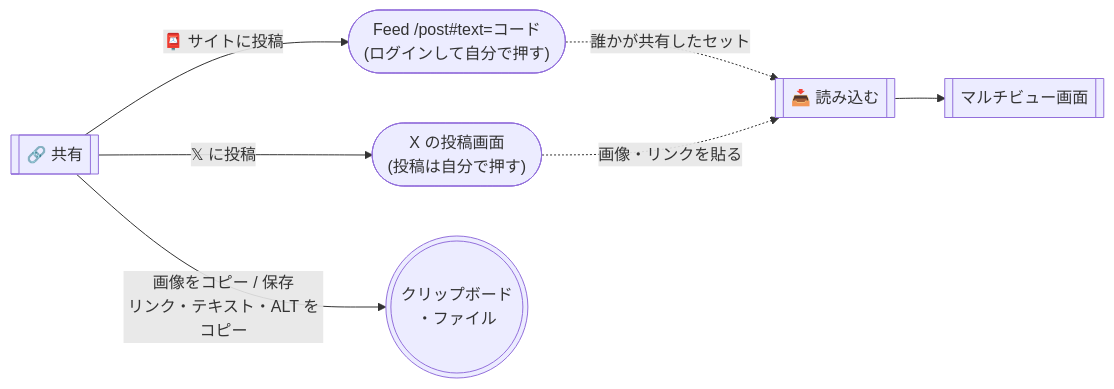
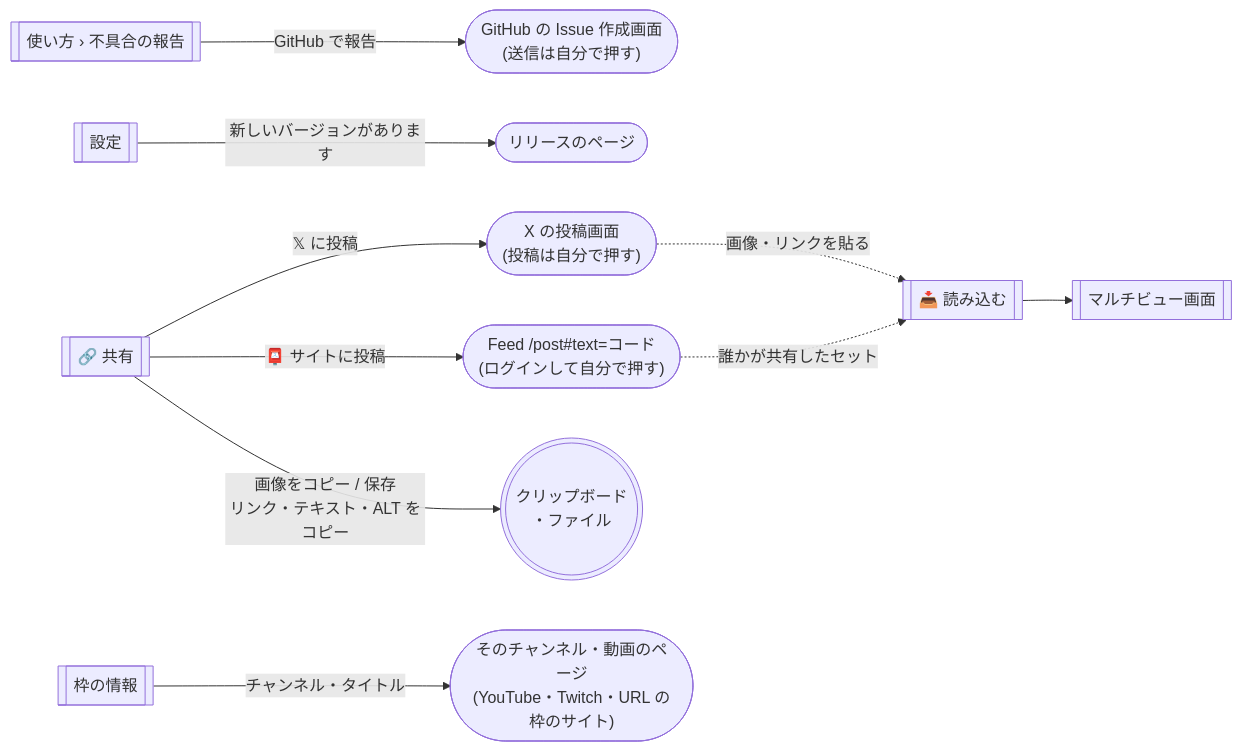
The fifth of 5 diagrams in docs/screen-flow.md (contee213/hakomado), drawn with Mermaid before and after one commit. The commit also changed other lines of this file and 4 other files, not shown here.

Commit message:
docs: 画面遷移図と画面項目・状態表の食い違いを直す

````diff
--- a/docs/screen-flow.md
+++ b/docs/screen-flow.md
@@ -147,9 +160,12 @@
 ```mermaid
 flowchart LR
   SH[["🔗 共有"]] -- "𝕏 に投稿" --> X(["X の投稿画面<br>(投稿は自分で押す)"])
+  HELP[["使い方 › 不具合の報告"]] -- "GitHub で報告" --> GH(["GitHub の Issue 作成画面<br>(送信は自分で押す)"])
+  SET[["設定"]] -- "新しいバージョンがあります" --> REL(["リリースのページ"])
+  INFO[["枠の情報"]] -- "チャンネル・タイトル" --> PAGE(["そのチャンネル・動画のページ<br>(YouTube・Twitch・URL の枠のサイト)"])
   SH -- "📮 サイトに投稿" --> F(["Feed /post#text=コード<br>(ログインして自分で押す)"])
   SH -- "画像をコピー / 保存<br>リンク・テキスト・ALT をコピー" --> CP((("クリップボード<br>・ファイル")))
   F -. "誰かが共有したセット" .-> RD[["📥 読み込む"]]
   X -. "画像・リンクを貼る" .-> RD
   RD --> MAIN[["マルチビュー画面"]]
 ```
````
